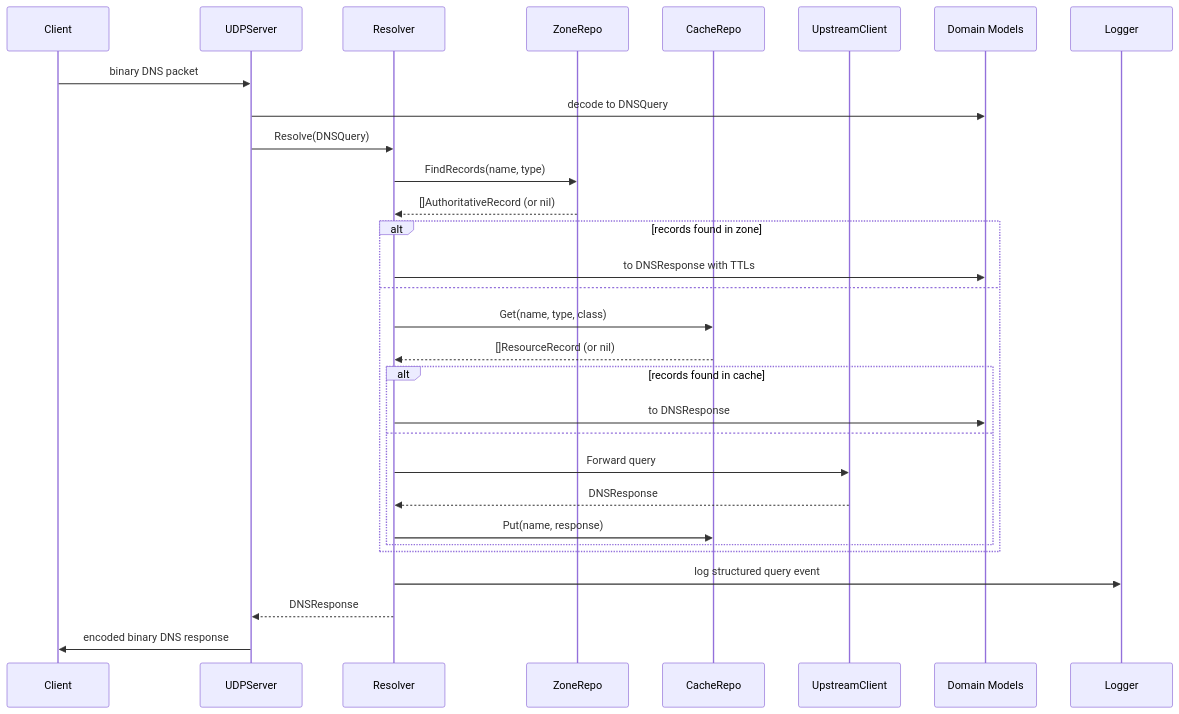
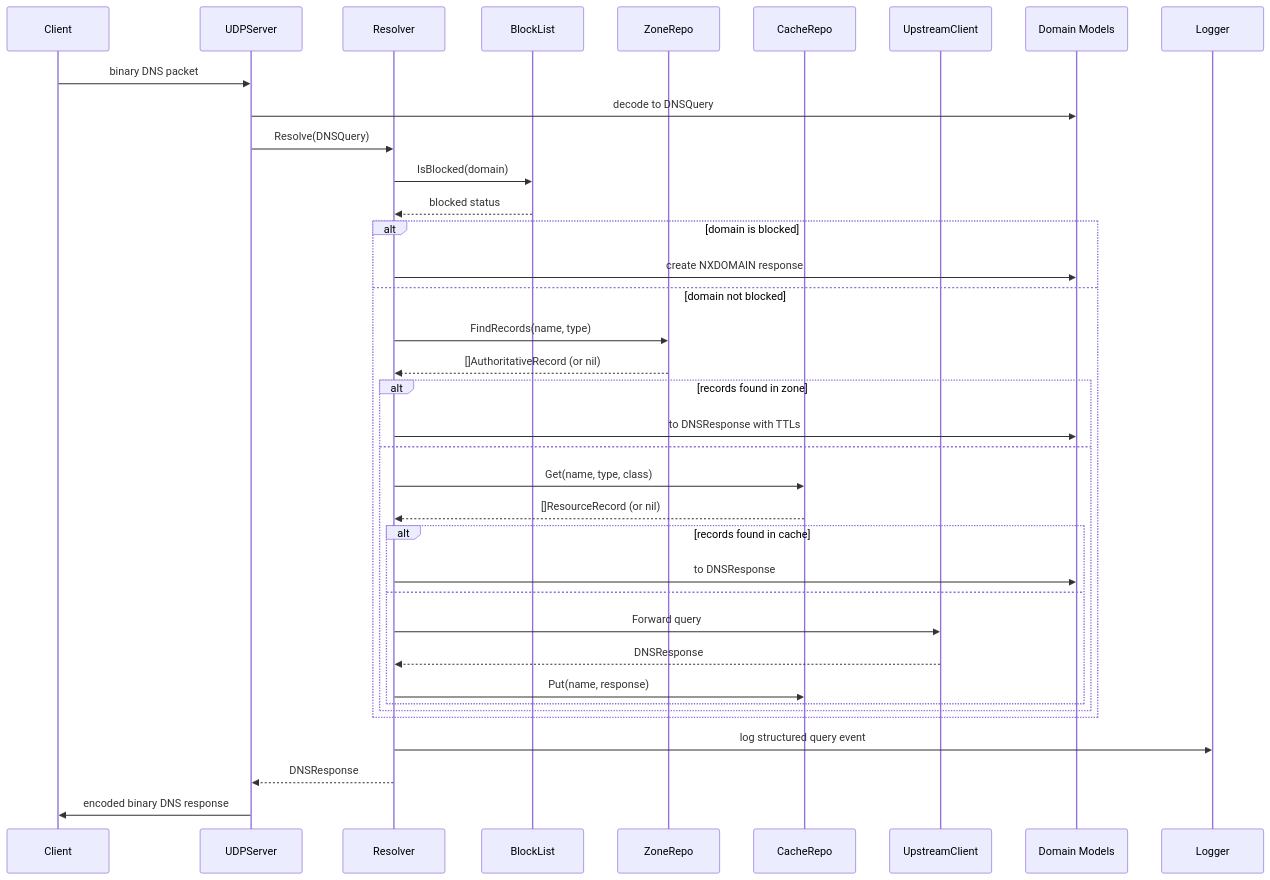
The seventh of 9 diagrams in docs/arc42.md (haukened/rr-dns), drawn with Mermaid before and after one commit. The commit also changed other lines of this file, not shown here.

Commit message:
enhance documentation: update arc42.md to include DNS block list and upstream resolver details

````diff
--- a/docs/arc42.md
+++ b/docs/arc42.md
@@ -383,35 +453,43 @@
 ```mermaid
 sequenceDiagram
     participant Client
     participant UDPServer
     participant Resolver
+    participant BlockList
     participant ZoneRepo
     participant CacheRepo
     participant UpstreamClient
     participant Domain as Domain Models
 
     Client->>UDPServer: binary DNS packet
     UDPServer->>Domain: decode to DNSQuery
     UDPServer->>Resolver: Resolve(DNSQuery)
 
-    Resolver->>ZoneRepo: FindRecords(name, type)
-    ZoneRepo-->>Resolver: []AuthoritativeRecord (or nil)
+    Resolver->>BlockList: IsBlocked(domain)
+    BlockList-->>Resolver: blocked status
+    
+    alt domain is blocked
+        Resolver->>Domain: create NXDOMAIN response
+    else domain not blocked
+        Resolver->>ZoneRepo: FindRecords(name, type)
+        ZoneRepo-->>Resolver: []AuthoritativeRecord (or nil)
 
-    alt records found in zone
-        Resolver->>Domain: to DNSResponse with TTLs
-    else
-        Resolver->>CacheRepo: Get(name, type, class)
-        CacheRepo-->>Resolver: []ResourceRecord (or nil)
-        alt records found in cache
-            Resolver->>Domain: to DNSResponse
+        alt records found in zone
+            Resolver->>Domain: to DNSResponse with TTLs
         else
-            Resolver->>UpstreamClient: Forward query
-            UpstreamClient-->>Resolver: DNSResponse
-            Resolver->>CacheRepo: Put(name, response)
+            Resolver->>CacheRepo: Get(name, type, class)
+            CacheRepo-->>Resolver: []ResourceRecord (or nil)
+            alt records found in cache
+                Resolver->>Domain: to DNSResponse
+            else
+                Resolver->>UpstreamClient: Forward query
+                UpstreamClient-->>Resolver: DNSResponse
+                Resolver->>CacheRepo: Put(name, response)
+            end
         end
     end
 
     Resolver->>Logger: log structured query event
     Resolver-->>UDPServer: DNSResponse
     UDPServer->>Client: encoded binary DNS response
 ```
````
